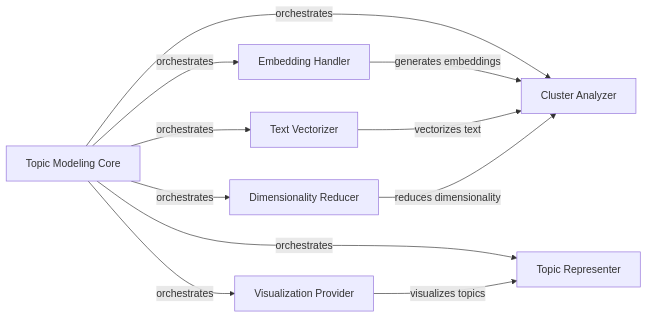
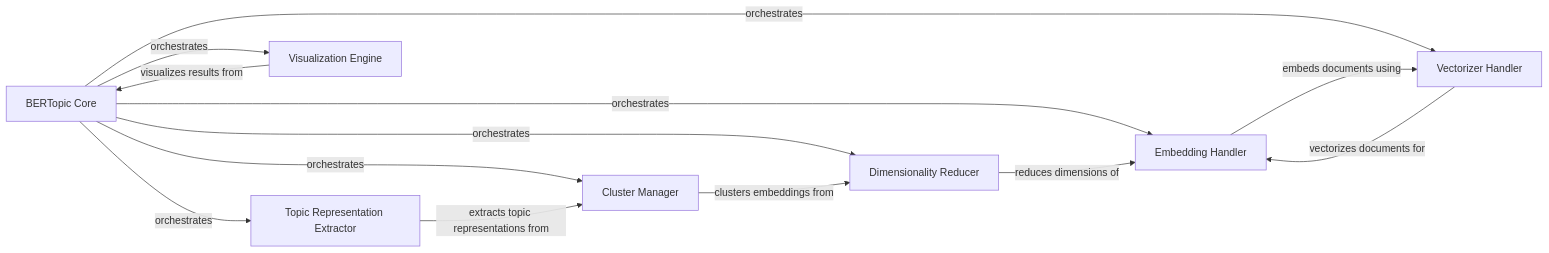
The diagram in BERTopic/on_boarding.md (CodeBoarding/GeneratedOnBoardings), drawn with Mermaid before and after one commit. The commit also changed other lines of this file and 12 other files, not shown here.

````diff
--- a/BERTopic/on_boarding.md
+++ b/BERTopic/on_boarding.md
@@ -1,27 +1,29 @@
 ```mermaid
 graph LR
-    Topic_Modeling_Core["Topic Modeling Core"]
+    BERTopic_Core["BERTopic Core"]
     Embedding_Handler["Embedding Handler"]
-    Text_Vectorizer["Text Vectorizer"]
-    Cluster_Analyzer["Cluster Analyzer"]
     Dimensionality_Reducer["Dimensionality Reducer"]
-    Topic_Representer["Topic Representer"]
-    Visualization_Provider["Visualization Provider"]
-    Topic_Modeling_Core -- "orchestrates" --> Embedding_Handler
-    Topic_Modeling_Core -- "orchestrates" --> Text_Vectorizer
-    Topic_Modeling_Core -- "orchestrates" --> Cluster_Analyzer
-    Topic_Modeling_Core -- "orchestrates" --> Dimensionality_Reducer
-    Topic_Modeling_Core -- "orchestrates" --> Topic_Representer
-    Topic_Modeling_Core -- "orchestrates" --> Visualization_Provider
-    Embedding_Handler -- "generates embeddings" --> Cluster_Analyzer
-    Text_Vectorizer -- "vectorizes text" --> Cluster_Analyzer
-    Dimensionality_Reducer -- "reduces dimensionality" --> Cluster_Analyzer
-    Visualization_Provider -- "visualizes topics" --> Topic_Representer
-    click Topic_Modeling_Core href "https://github.com/CodeBoarding/GeneratedOnBoardings/blob/main/BERTopic/Topic Modeling Core.md" "Details"
+    Cluster_Manager["Cluster Manager"]
+    Topic_Representation_Extractor["Topic Representation Extractor"]
+    Vectorizer_Handler["Vectorizer Handler"]
+    Visualization_Engine["Visualization Engine"]
+    BERTopic_Core -- "orchestrates" --> Embedding_Handler
+    BERTopic_Core -- "orchestrates" --> Dimensionality_Reducer
+    BERTopic_Core -- "orchestrates" --> Cluster_Manager
+    BERTopic_Core -- "orchestrates" --> Topic_Representation_Extractor
+    BERTopic_Core -- "orchestrates" --> Vectorizer_Handler
+    BERTopic_Core -- "orchestrates" --> Visualization_Engine
+    Embedding_Handler -- "embeds documents using" --> Vectorizer_Handler
+    Dimensionality_Reducer -- "reduces dimensions of" --> Embedding_Handler
+    Cluster_Manager -- "clusters embeddings from" --> Dimensionality_Reducer
+    Topic_Representation_Extractor -- "extracts topic representations from" --> Cluster_Manager
+    Vectorizer_Handler -- "vectorizes documents for" --> Embedding_Handler
+    Visualization_Engine -- "visualizes results from" --> BERTopic_Core
+    click BERTopic_Core href "https://github.com/CodeBoarding/GeneratedOnBoardings/blob/main/BERTopic/BERTopic Core.md" "Details"
     click Embedding_Handler href "https://github.com/CodeBoarding/GeneratedOnBoardings/blob/main/BERTopic/Embedding Handler.md" "Details"
-    click Text_Vectorizer href "https://github.com/CodeBoarding/GeneratedOnBoardings/blob/main/BERTopic/Text Vectorizer.md" "Details"
-    click Cluster_Analyzer href "https://github.com/CodeBoarding/GeneratedOnBoardings/blob/main/BERTopic/Cluster Analyzer.md" "Details"
     click Dimensionality_Reducer href "https://github.com/CodeBoarding/GeneratedOnBoardings/blob/main/BERTopic/Dimensionality Reducer.md" "Details"
-    click Topic_Representer href "https://github.com/CodeBoarding/GeneratedOnBoardings/blob/main/BERTopic/Topic Representer.md" "Details"
-    click Visualization_Provider href "https://github.com/CodeBoarding/GeneratedOnBoardings/blob/main/BERTopic/Visualization Provider.md" "Details"
+    click Cluster_Manager href "https://github.com/CodeBoarding/GeneratedOnBoardings/blob/main/BERTopic/Cluster Manager.md" "Details"
+    click Topic_Representation_Extractor href "https://github.com/CodeBoarding/GeneratedOnBoardings/blob/main/BERTopic/Topic Representation Extractor.md" "Details"
+    click Vectorizer_Handler href "https://github.com/CodeBoarding/GeneratedOnBoardings/blob/main/BERTopic/Vectorizer Handler.md" "Details"
+    click Visualization_Engine href "https://github.com/CodeBoarding/GeneratedOnBoardings/blob/main/BERTopic/Visualization Engine.md" "Details"
 ```
````
